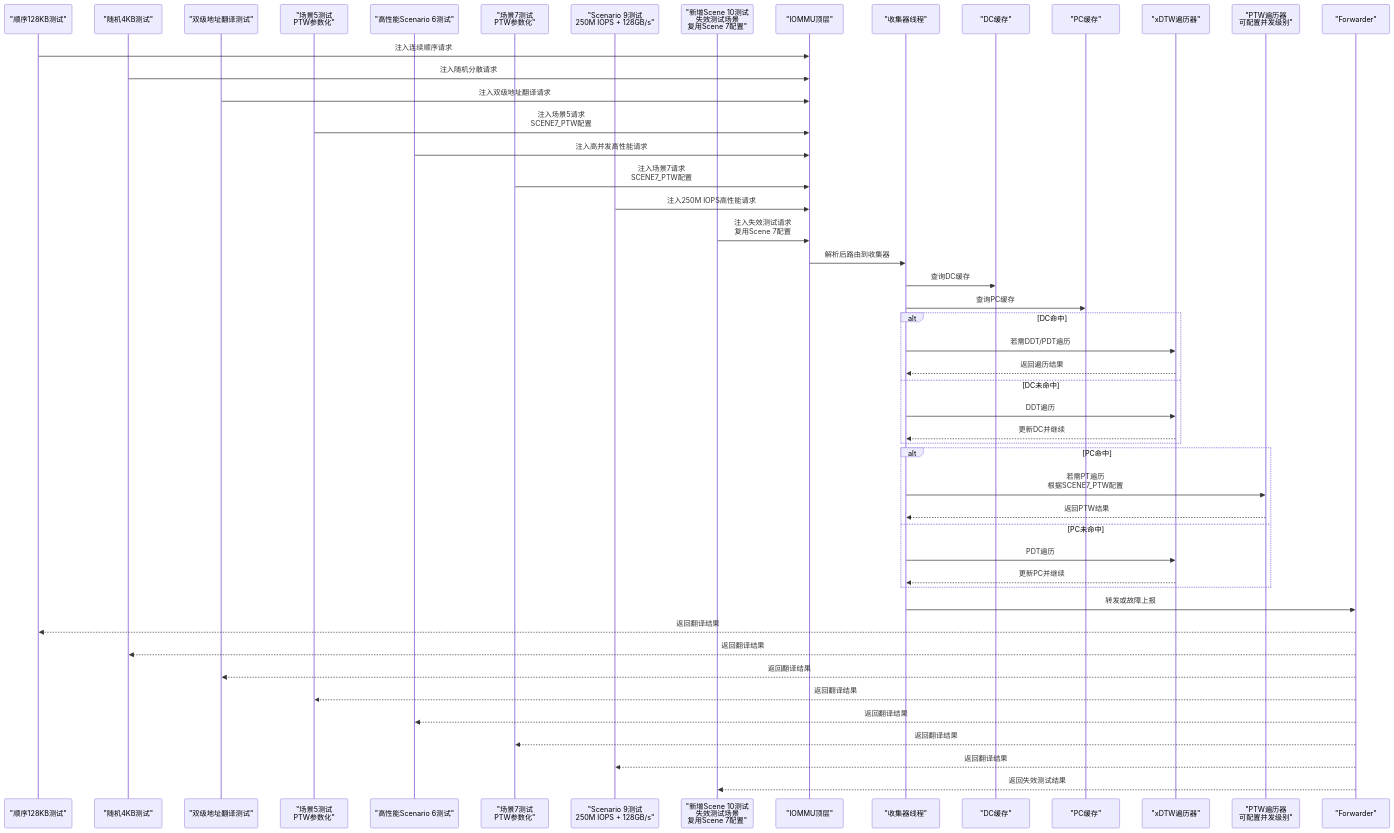
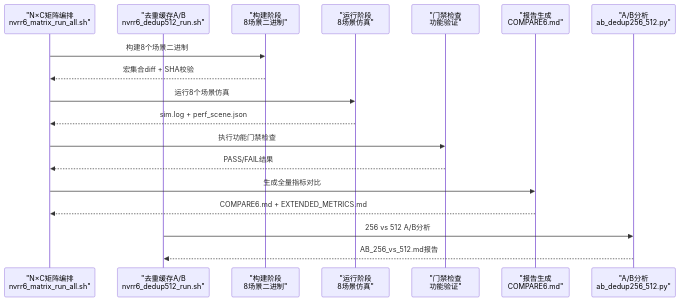
Before and after one commit to jiangjiang1122/iommu_model_20260401_v1: the second of 4 diagrams in .qoder/repowiki/zh/content/性能模型/性能基准测试.md, drawn with Mermaid. The commit also changed other lines of this file and 55 other files, not shown here.

First line of the commit message:
perf(iommu): 去重单元机制v2全场景落地 严格优先仲裁UPD>INS>REQ + UPDATE可变原子段

````diff
--- a/.qoder/repowiki/zh/content/性能模型/性能基准测试.md
+++ b/.qoder/repowiki/zh/content/性能模型/性能基准测试.md
@@ -149,52 +143,20 @@
 ```mermaid
 sequenceDiagram
-participant SCENE1 as "顺序128KB测试"
-participant SCENE2 as "随机4KB测试"
-participant SCENE3 as "双级地址翻译测试"
-participant SCENE5 as "场景5测试<br/>PTW参数化"
-participant SCENE6 as "高性能Scenario 6测试"
-participant SCENE7 as "场景7测试<br/>PTW参数化"
-participant SCENE9 as "Scenario 9测试<br/>250M IOPS + 128GB/s"
-participant SCENE10 as "新增Scene 10测试<br/>失效测试场景<br/>复用Scene 7配置"
-participant IOMMU as "IOMMU顶层"
-participant COL as "收集器线程"
-participant DC as "DC缓存"
-participant PC as "PC缓存"
-participant XDTW as "xDTW遍历器"
-participant PTW as "PTW遍历器<br/>可配置并发级别"
-participant FWD as "Forwarder"
-SCENE1->>IOMMU : 注入连续顺序请求
-SCENE2->>IOMMU : 注入随机分散请求
-SCENE3->>IOMMU : 注入双级地址翻译请求
-SCENE5->>IOMMU : 注入场景5请求<br/>SCENE7_PTW配置
-SCENE6->>IOMMU : 注入高并发高性能请求
-SCENE7->>IOMMU : 注入场景7请求<br/>SCENE7_PTW配置
-SCENE9->>IOMMU : 注入250M IOPS高性能请求
-SCENE10->>IOMMU : 注入失效测试请求<br/>复用Scene 7配置
-IOMMU->>COL : 解析后路由到收集器
-COL->>DC : 查询DC缓存
-COL->>PC : 查询PC缓存
-alt DC命中
-COL->>XDTW : 若需DDT/PDT遍历
-XDTW-->>COL : 返回遍历结果
-else DC未命中
-COL->>XDTW : DDT遍历
-XDTW-->>COL : 更新DC并继续
-end
-alt PC命中
-COL->>PTW : 若需PT遍历<br/>根据SCENE7_PTW配置
-PTW-->>COL : 返回PTW结果
-else PC未命中
-COL->>XDTW : PDT遍历
-XDTW-->>COL : 更新PC并继续
-end
-COL->>FWD : 转发或故障上报
-FWD-->>SCENE1 : 返回翻译结果
-FWD-->>SCENE2 : 返回翻译结果
-FWD-->>SCENE3 : 返回翻译结果
-FWD-->>SCENE5 : 返回翻译结果
-FWD-->>SCENE6 : 返回翻译结果
-FWD-->>SCENE7 : 返回翻译结果
-FWD-->>SCENE9 : 返回翻译结果
-FWD-->>SCENE10 : 返回失效测试结果
+participant MATRIX as "N×C矩阵编排<br/>nvrr6_matrix_run_all.sh"
+participant DEDUP as "去重缓存A/B<br/>nvrr6_dedup512_run.sh"
+participant BUILD as "构建阶段<br/>8场景二进制"
+participant RUN as "运行阶段<br/>8场景仿真"
+participant GATE as "门禁检查<br/>功能验证"
+participant REPORT as "报告生成<br/>COMPARE6.md"
+participant ANALYZE as "A/B分析<br/>ab_dedup256_512.py"
+MATRIX->>BUILD : 构建8个场景二进制
+BUILD-->>MATRIX : 宏集合diff + SHA校验
+MATRIX->>RUN : 运行8个场景仿真
+RUN-->>MATRIX : sim.log + perf_scene.json
+MATRIX->>GATE : 执行功能门禁检查
+GATE-->>MATRIX : PASS/FAIL结果
+MATRIX->>REPORT : 生成全量指标对比
+REPORT-->>MATRIX : COMPARE6.md + EXTENDED_METRICS.md
+DEDUP->>ANALYZE : 256 vs 512 A/B分析
+ANALYZE-->>DEDUP : AB_256_vs_512.md报告
 ```
````
